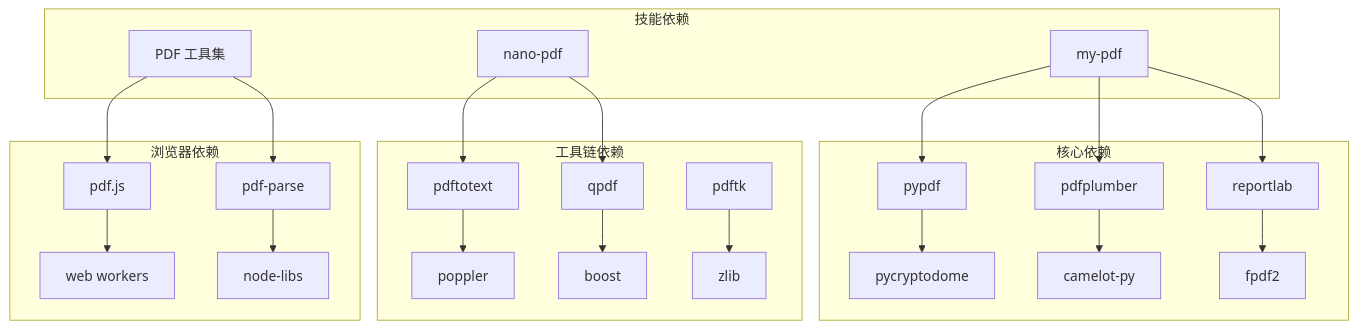
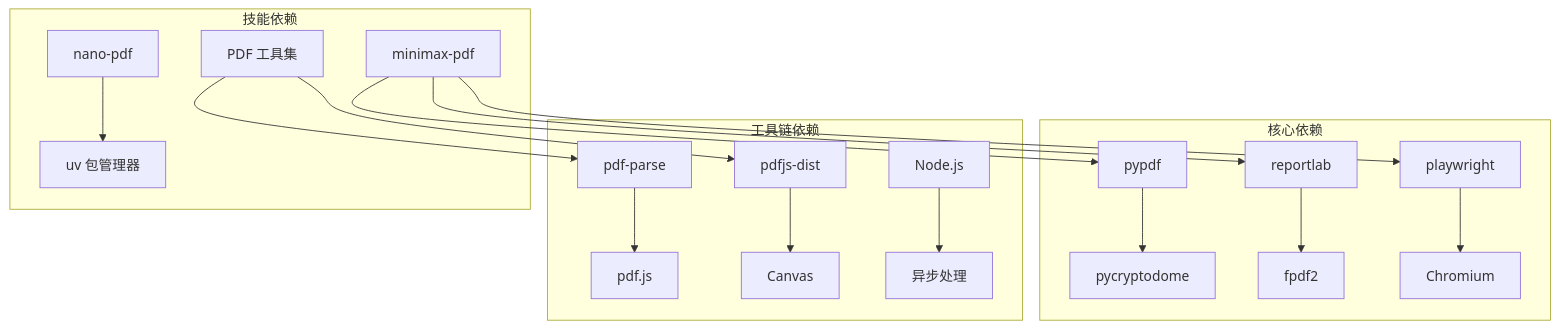
Before and after one commit to verse-ai-org/openclaw: the eighth of 10 diagrams in .qoder/repowiki/zh/content/技能平台/内置技能/PDF 处理技能.md, drawn with Mermaid. The commit also changed other lines of this file and 48 other files, not shown here.

````diff
--- a/.qoder/repowiki/zh/content/技能平台/内置技能/PDF 处理技能.md
+++ b/.qoder/repowiki/zh/content/技能平台/内置技能/PDF 处理技能.md
@@ -379,26 +328,21 @@
 ```mermaid
 graph TB
 subgraph "核心依赖"
 A[pypdf] --> B[pycryptodome]
-C[pdfplumber] --> D[camelot-py]
-E[reportlab] --> F[fpdf2]
+C[reportlab] --> D[fpdf2]
+E[playwright] --> F[Chromium]
 end
 subgraph "工具链依赖"
-G[pdftotext] --> H[poppler]
-I[qpdf] --> J[boost]
-K[pdftk] --> L[zlib]
-end
-subgraph "浏览器依赖"
-M[pdf.js] --> N[web workers]
-O[pdf-parse] --> P[node-libs]
+G[pdf-parse] --> H[pdf.js]
+I[pdfjs-dist] --> J[Canvas]
+K[Node.js] --> L[异步处理]
 end
 subgraph "技能依赖"
-Q[my-pdf] --> A
-Q --> C
-Q --> E
-R[nano-pdf] --> G
-R --> I
-S[PDF 工具集] --> M
-S --> O
+M[nano-pdf] --> N[uv 包管理器]
+O[minimax-pdf] --> A
+O --> C
+O --> E
+P[PDF 工具集] --> G
+P --> I
 end
 ```
````
